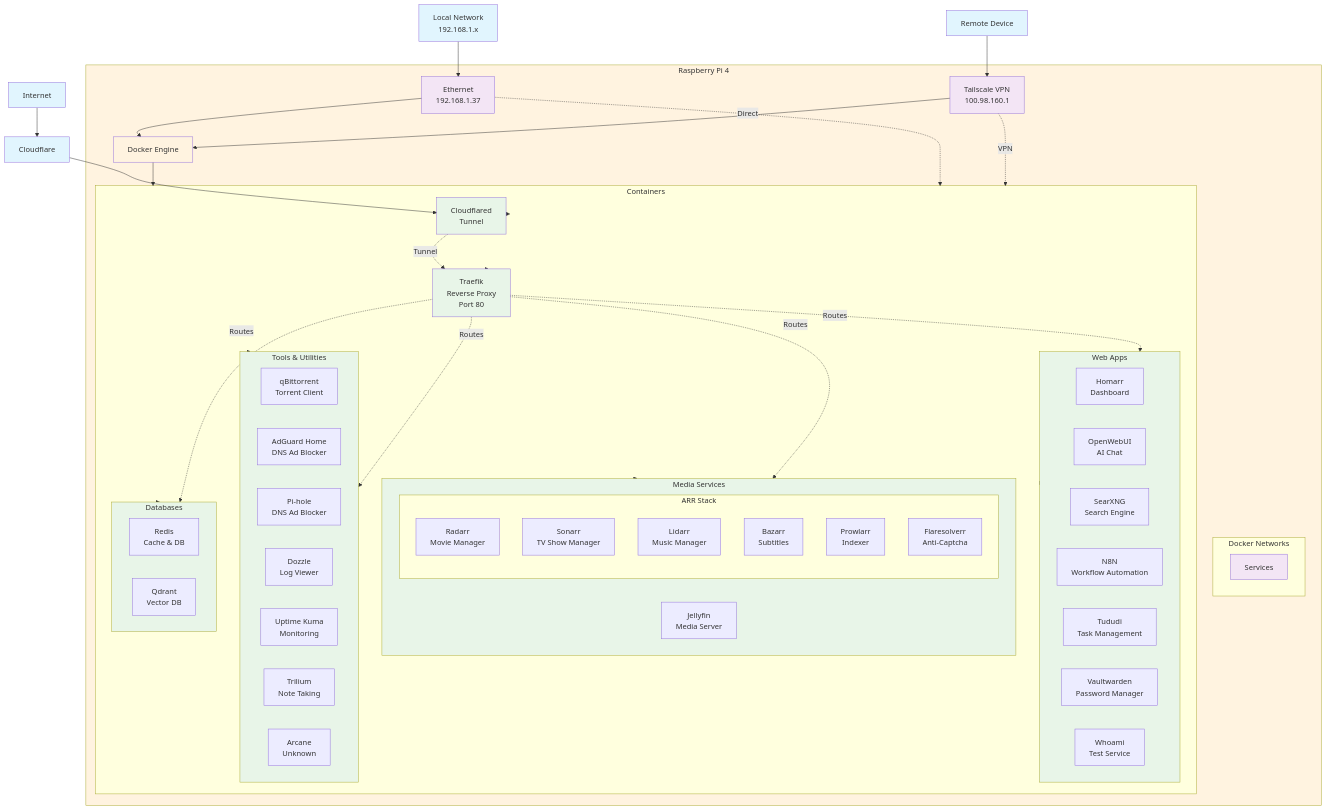
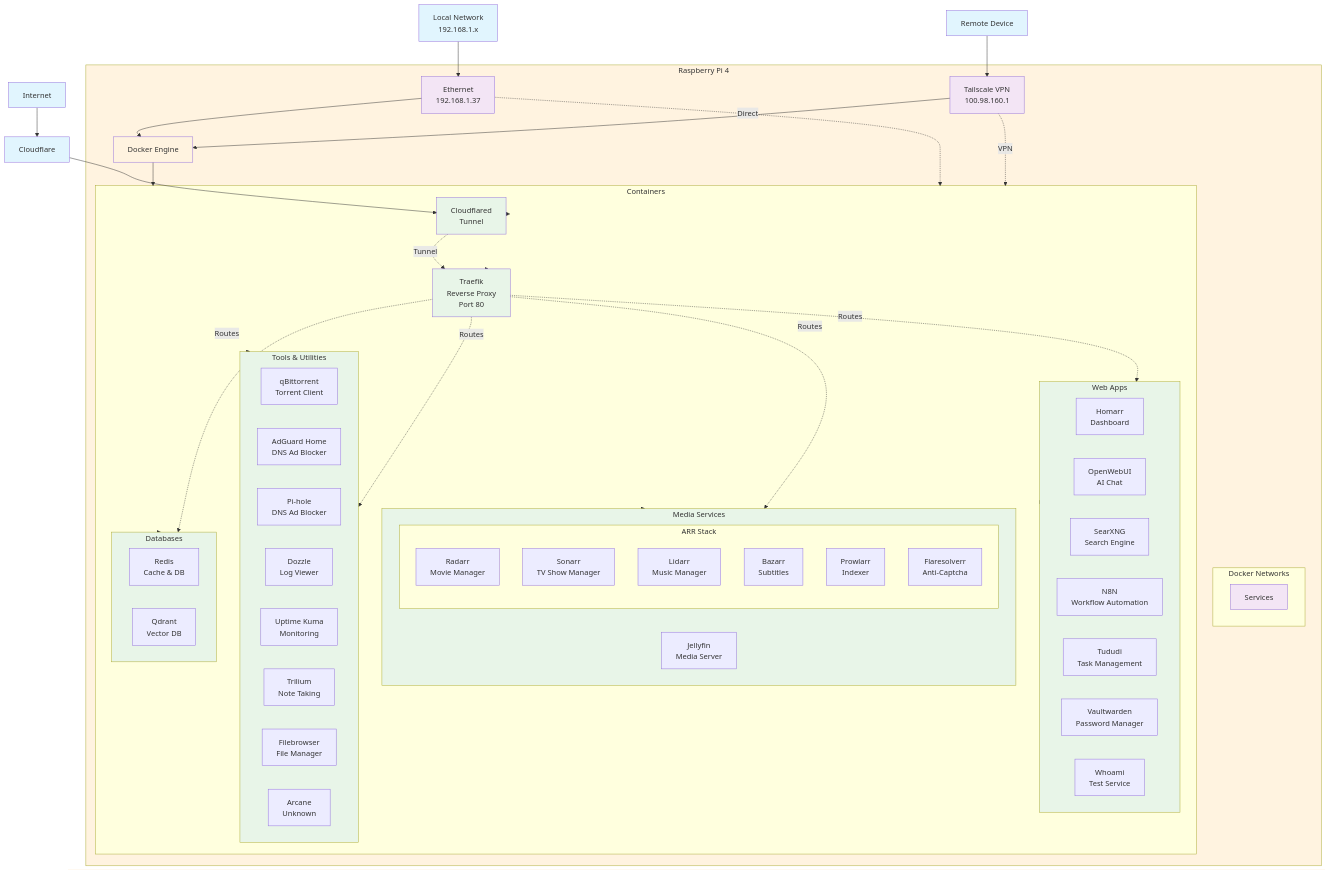
The diagram in ARCHITECTURE.md (EndoTheDev/PersonalSelfhostedDockerStack), drawn with Mermaid before and after one commit. The commit also changed other lines of this file and 3 other files, not shown here.

```diff
--- a/ARCHITECTURE.md
+++ b/ARCHITECTURE.md
@@ -53,6 +53,7 @@
                 Dozzle[Dozzle<br/>Log Viewer]
                 UptimeKuma[Uptime Kuma<br/>Monitoring]
                 Trilium[Trilium<br/>Note Taking]
+                Filebrowser[Filebrowser<br/>File Manager]
                 Arcane[Arcane<br/>Unknown]
             end
 
```
